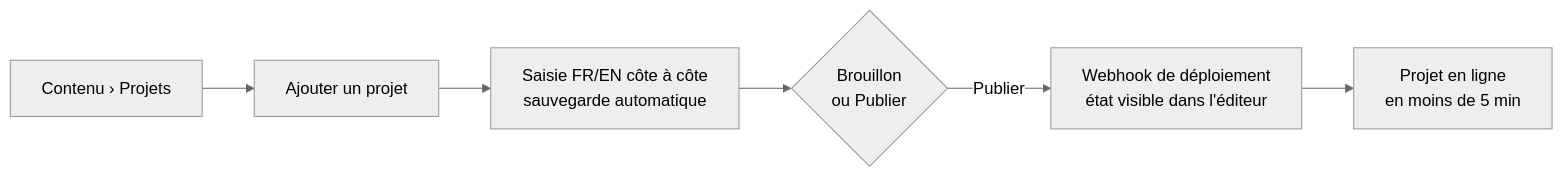
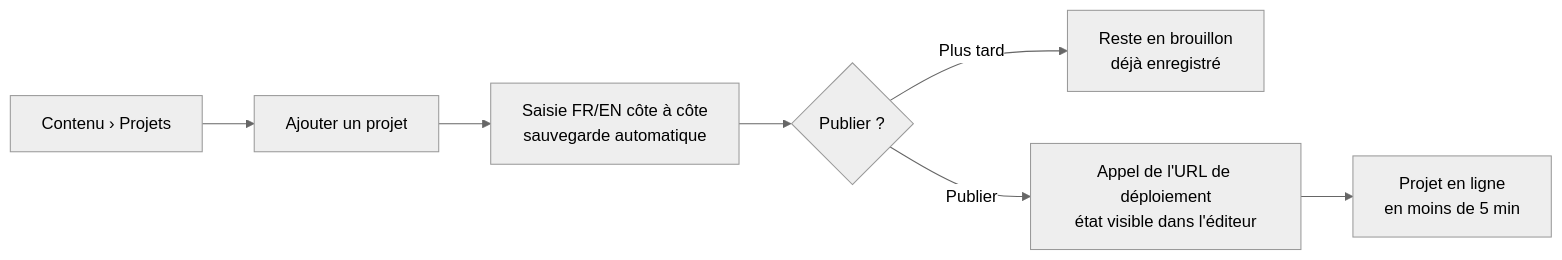
One commit to K0Konut/Headless_CMS changed the fourth of 5 diagrams in docs/04-architecture-contenu-ux.md. Above: the diagram before and after it, drawn with Mermaid (neutral theme). The commit also changed other lines of this file and 1 other file, not shown here.

````diff
--- a/docs/04-architecture-contenu-ux.md
+++ b/docs/04-architecture-contenu-ux.md
@@ -228,8 +478,9 @@
 ```mermaid
 flowchart LR
     A["Contenu › Projets"] --> B["Ajouter un projet"]
     B --> C["Saisie FR/EN côte à côte<br/>sauvegarde automatique"]
-    C --> D{"Brouillon<br/>ou Publier"}
-    D -- Publier --> E["Webhook de déploiement<br/>état visible dans l'éditeur"]
+    C --> D{"Publier ?"}
+    D -- "Plus tard" --> G["Reste en brouillon<br/>déjà enregistré"]
+    D -- Publier --> E["Appel de l'URL de déploiement<br/>état visible dans l'éditeur"]
     E --> F["Projet en ligne<br/>en moins de 5 min"]
 ```
````
